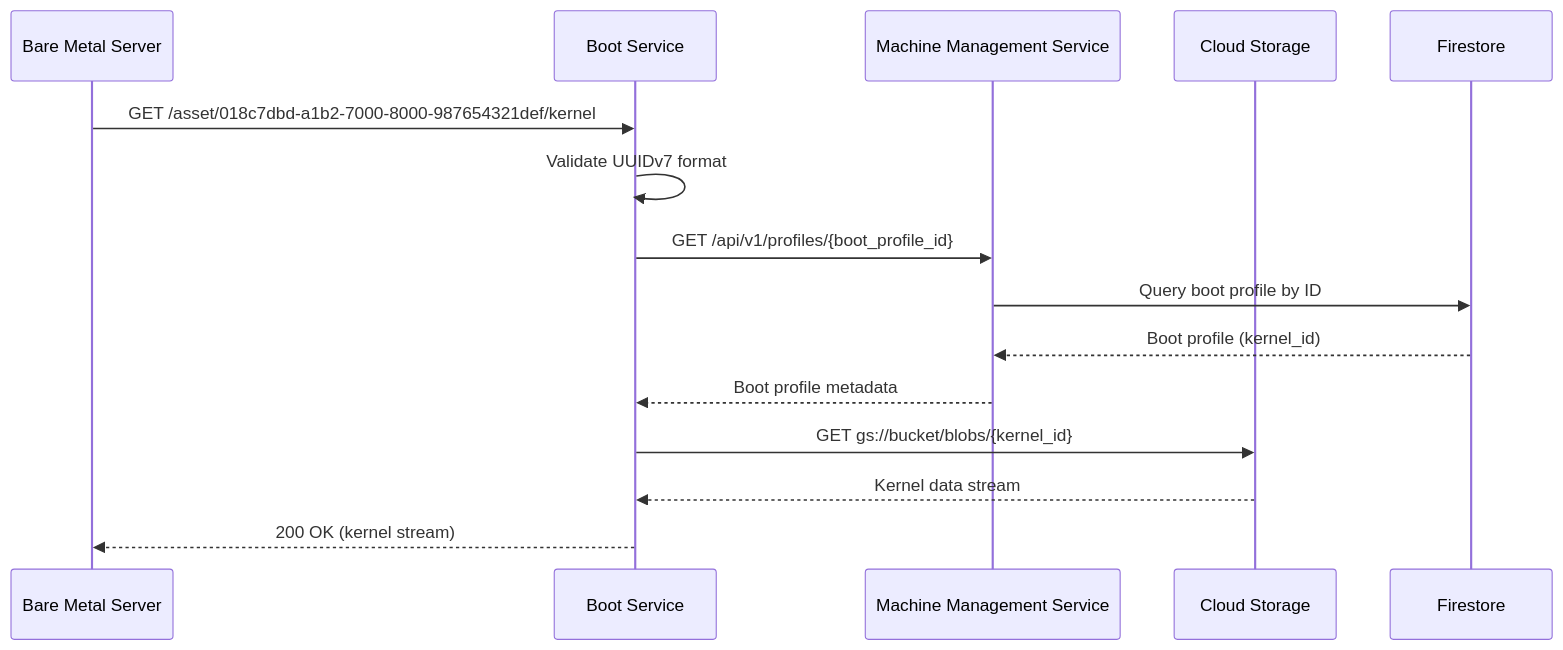
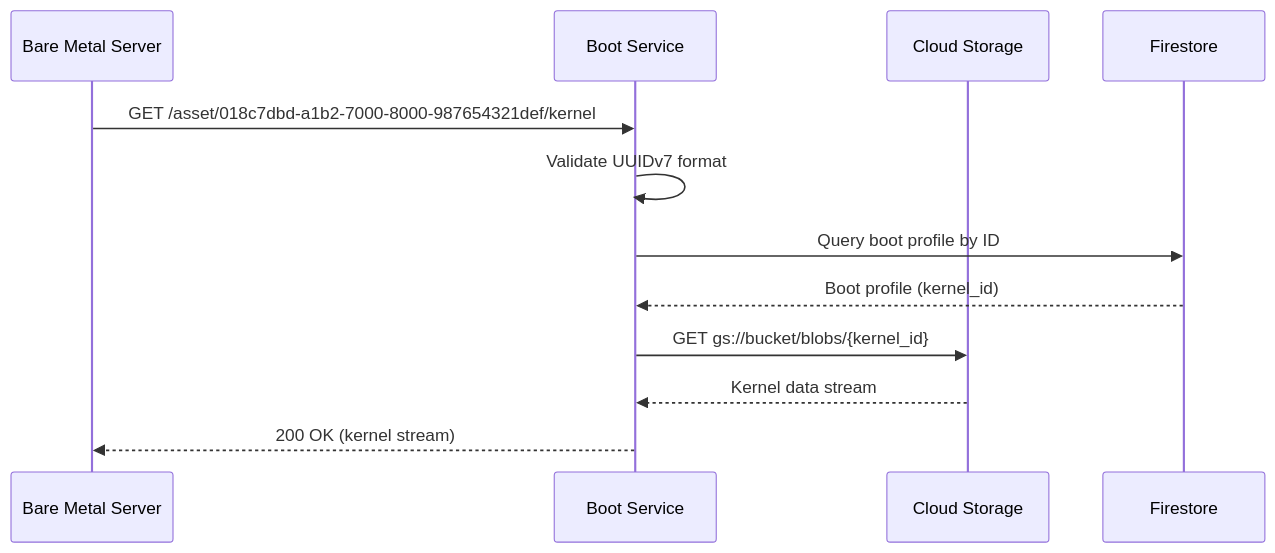
The second of 3 diagrams in docs/content/r&d/services/boot/uefi-boot-endpoints.md (Zaba505/infra), drawn with Mermaid before and after one commit. The commit also changed other lines of this file and 4 other files, not shown here.

````diff
--- a/docs/content/r&d/services/boot/uefi-boot-endpoints.md
+++ b/docs/content/r&d/services/boot/uefi-boot-endpoints.md
@@ -97,18 +95,15 @@
 ```mermaid
 sequenceDiagram
     participant Client as Bare Metal Server
     participant Boot as Boot Service
-    participant MgmtAPI as Machine Management Service
     participant Storage as Cloud Storage
     participant DB as Firestore
     
     Client->>Boot: GET /asset/018c7dbd-a1b2-7000-8000-987654321def/kernel
     Boot->>Boot: Validate UUIDv7 format
-    Boot->>MgmtAPI: GET /api/v1/profiles/{boot_profile_id}
-    MgmtAPI->>DB: Query boot profile by ID
-    DB-->>MgmtAPI: Boot profile (kernel_id)
-    MgmtAPI-->>Boot: Boot profile metadata
+    Boot->>DB: Query boot profile by ID
+    DB-->>Boot: Boot profile (kernel_id)
     Boot->>Storage: GET gs://bucket/blobs/{kernel_id}
     Storage-->>Boot: Kernel data stream
     Boot-->>Client: 200 OK (kernel stream)
 ```
````
